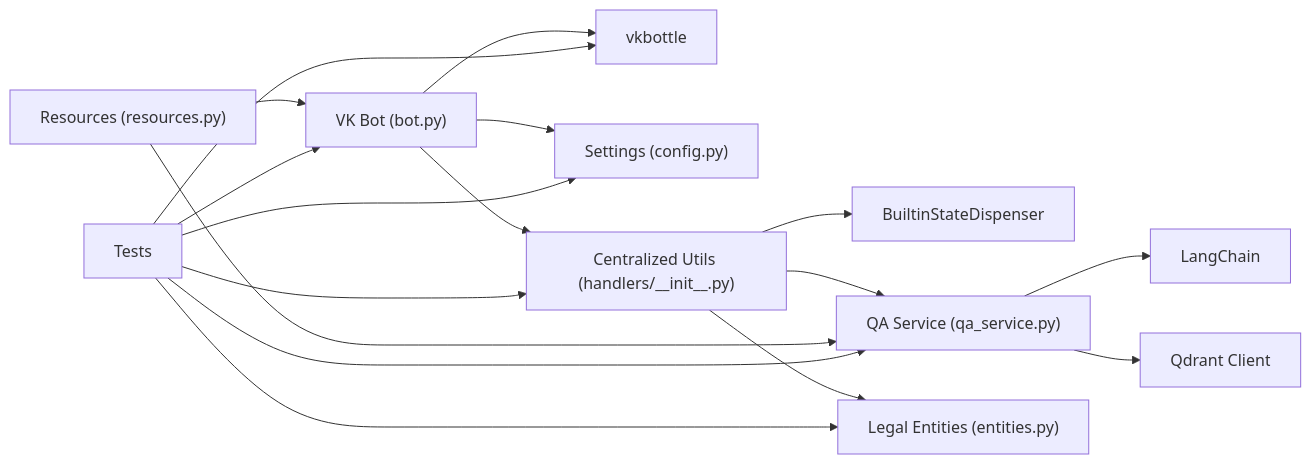
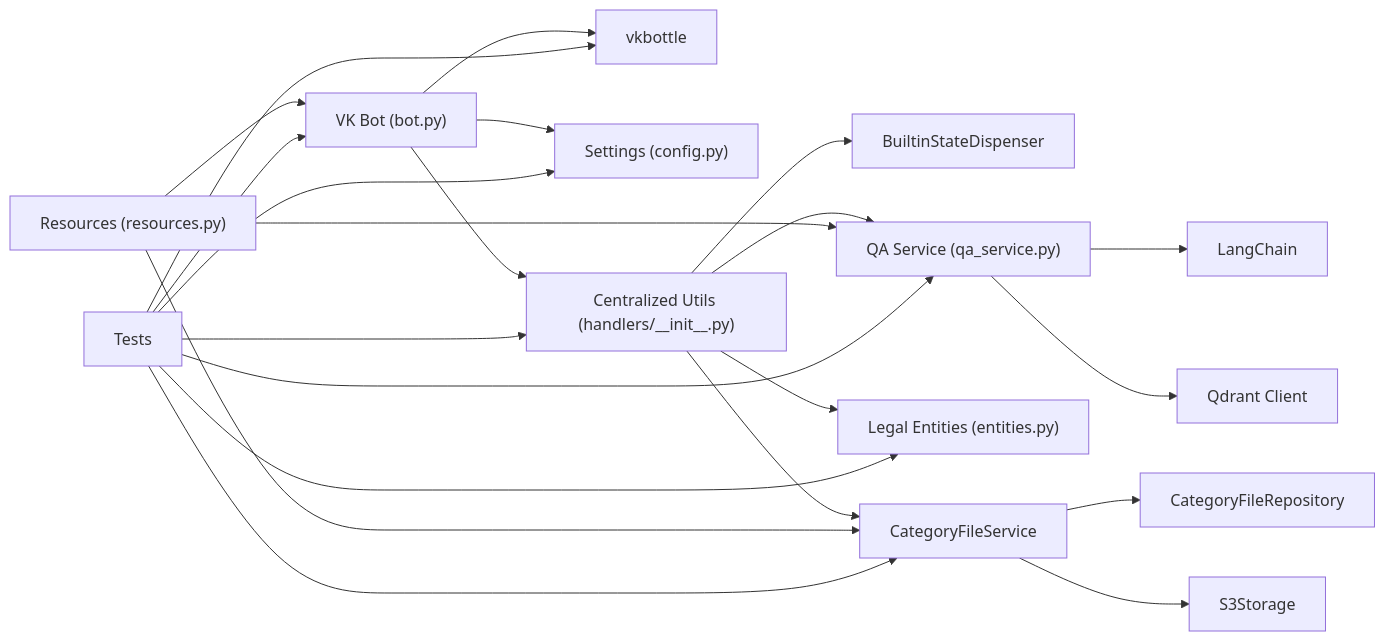
Before and after one commit to ognelis/cafetera_hr_bot: diagram 18 of 18 in .qoder/repowiki/en/content/VK Integration/VK Integration.md, drawn with Mermaid. The commit also changed other lines of this file and 7 other files, not shown here.

Commit message:
CAFETERA-18 Improved fire flow

````diff
--- a/.qoder/repowiki/en/content/VK Integration/VK Integration.md
+++ b/.qoder/repowiki/en/content/VK Integration/VK Integration.md
@@ -859,19 +1068,24 @@
 ```mermaid
 graph LR
 VKBot["VK Bot (bot.py)"] --> VKFw["vkbottle"]
 VKBot --> Cfg["Settings (config.py)"]
 VKBot --> Utils["Centralized Utils (handlers/__init__.py)"]
 Utils --> SD["BuiltinStateDispenser"]
 Utils --> QA["QA Service (qa_service.py)"]
 Utils --> Entities["Legal Entities (entities.py)"]
+Utils --> CFService["CategoryFileService"]
+CFService --> CFRepo["CategoryFileRepository"]
+CFService --> S3["S3Storage"]
 QA --> LangChain["LangChain"]
 QA --> Qdrant["Qdrant Client"]
 Resources["Resources (resources.py)"] --> VKBot
 Resources --> QA
+Resources --> CFService
 Tests["Tests"] --> VKBot
 Tests --> Utils
 Tests --> QA
 Tests --> Entities
+Tests --> CFService
 Tests --> VKFw
 Tests --> Cfg
 ```
````
